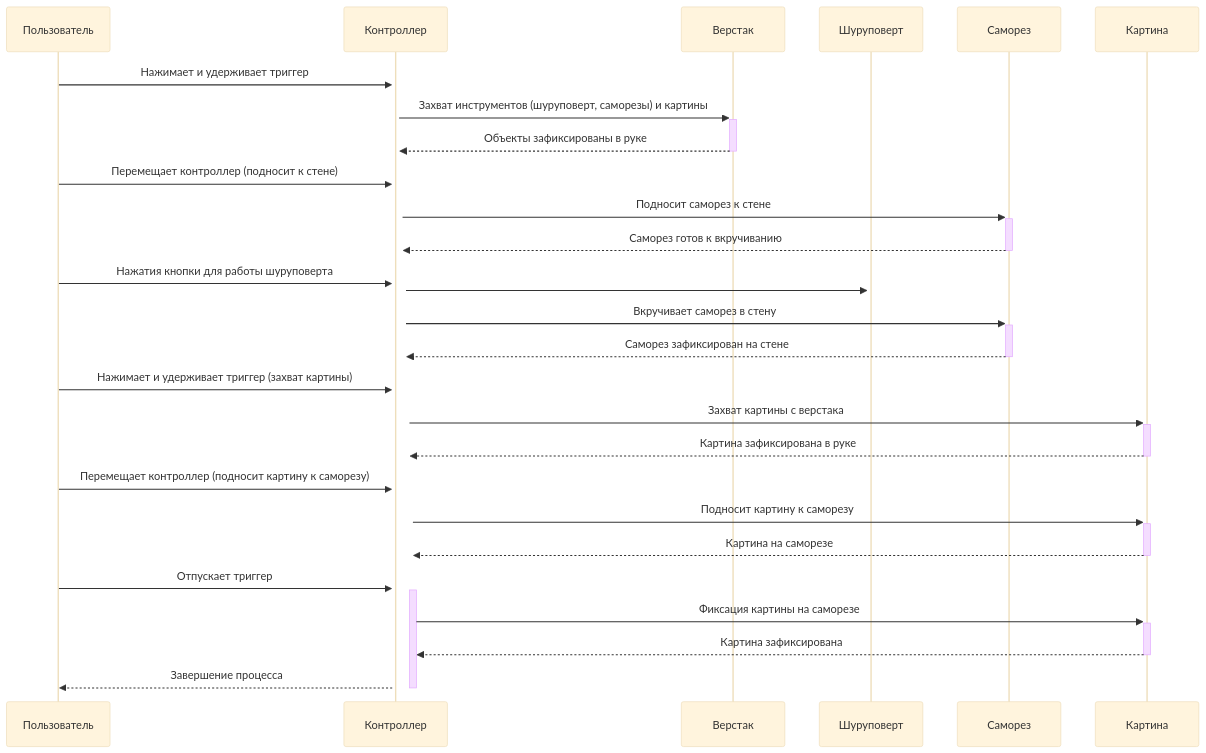
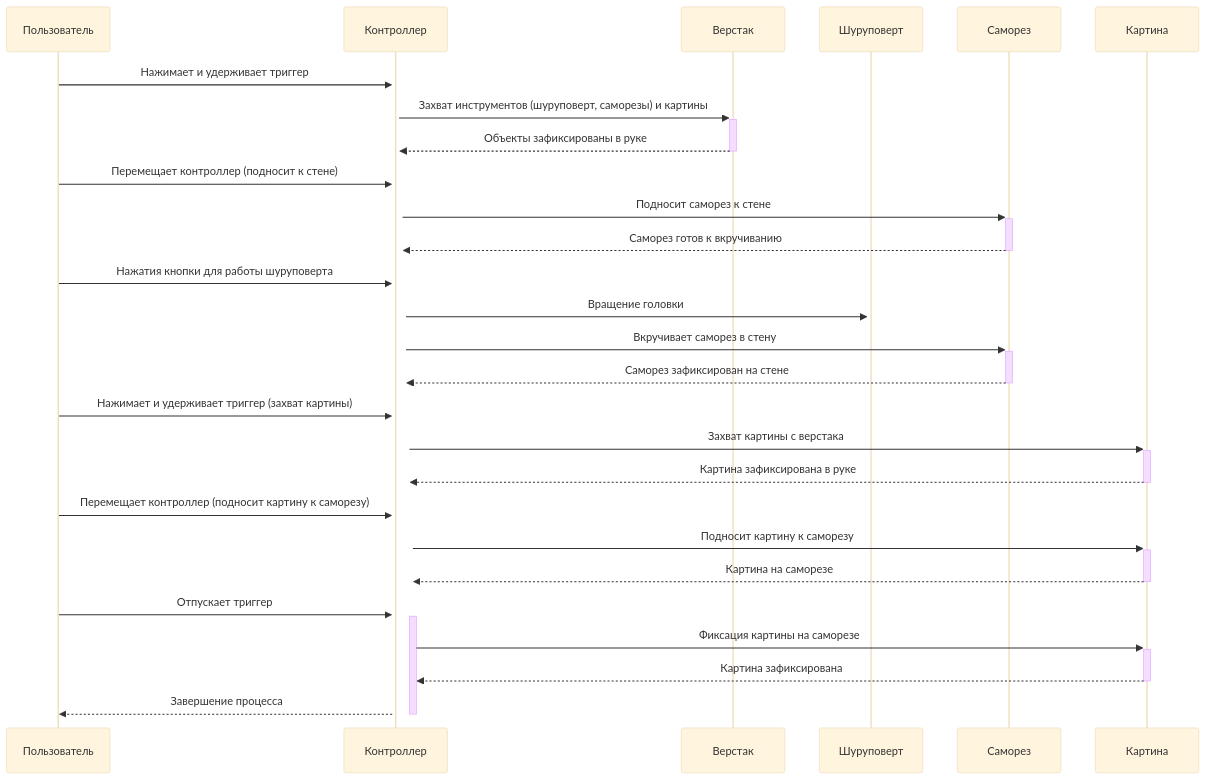
Before and after one commit to NerdyCep/iodraw-files: the diagram in all/не называться-1.md, drawn with Mermaid (base theme).

Commit message:
2025-02-25 18:27:32 update

````diff
--- a/all/не называться-1.md
+++ b/all/не называться-1.md
@@ -1,31 +1,31 @@
 ```mermaid
 sequenceDiagram
     participant Пользователь
     participant Контроллер
     participant Верстак
     participant Шуруповерт
     participant Саморез
     participant Картина
     
 
     Пользователь->>+Контроллер: Нажимает и удерживает триггер
     Контроллер->>+Верстак: Захват инструментов (шуруповерт, саморезы) и картины
     Верстак-->>-Контроллер: Объекты зафиксированы в руке
     Пользователь->>+Контроллер: Перемещает контроллер (подносит к стене)
     Контроллер->>+Саморез: Подносит саморез к стене
     Саморез-->>-Контроллер: Саморез готов к вкручиванию
     Пользователь->>+Контроллер: Нажатия кнопки для работы шуруповерта
-    Контроллер->>+Шуруповерт: 
+    Контроллер->>+Шуруповерт: Вращение головки
     Контроллер->>+Саморез: Вкручивает саморез в стену
     Саморез-->>-Контроллер: Саморез зафиксирован на стене
     Пользователь->>+Контроллер: Нажимает и удерживает триггер (захват картины)
     Контроллер->>+Картина: Захват картины с верстака
     Картина-->>-Контроллер: Картина зафиксирована в руке
     Пользователь->>+Контроллер: Перемещает контроллер (подносит картину к саморезу)
     Контроллер->>+Картина: Подносит картину к саморезу
     Картина-->>-Контроллер: Картина на саморезе
     Пользователь->>+Контроллер: Отпускает триггер
     Контроллер->>+Картина: Фиксация картины на саморезе
     Картина-->>-Контроллер: Картина зафиксирована
     Контроллер-->>-Пользователь: Завершение процесса
 ```
````
